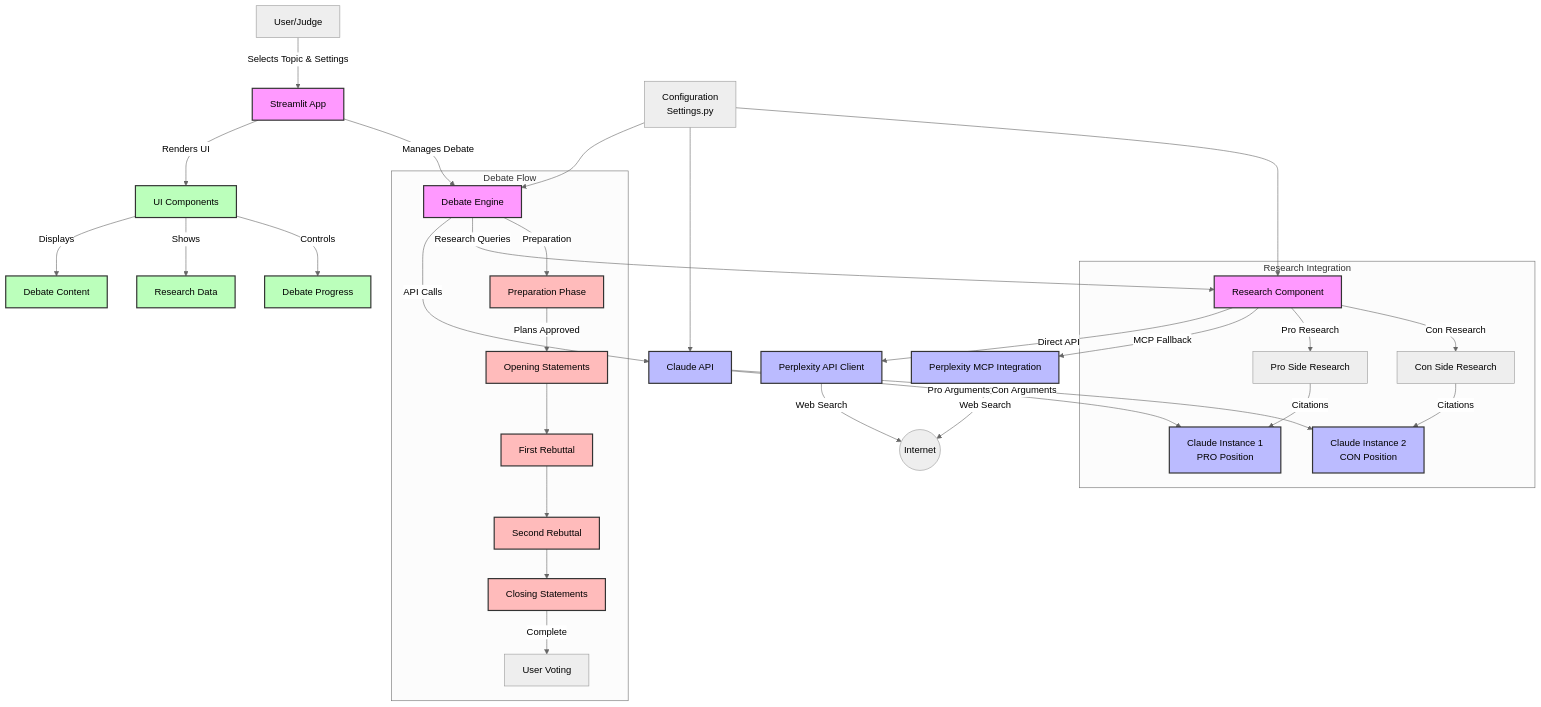
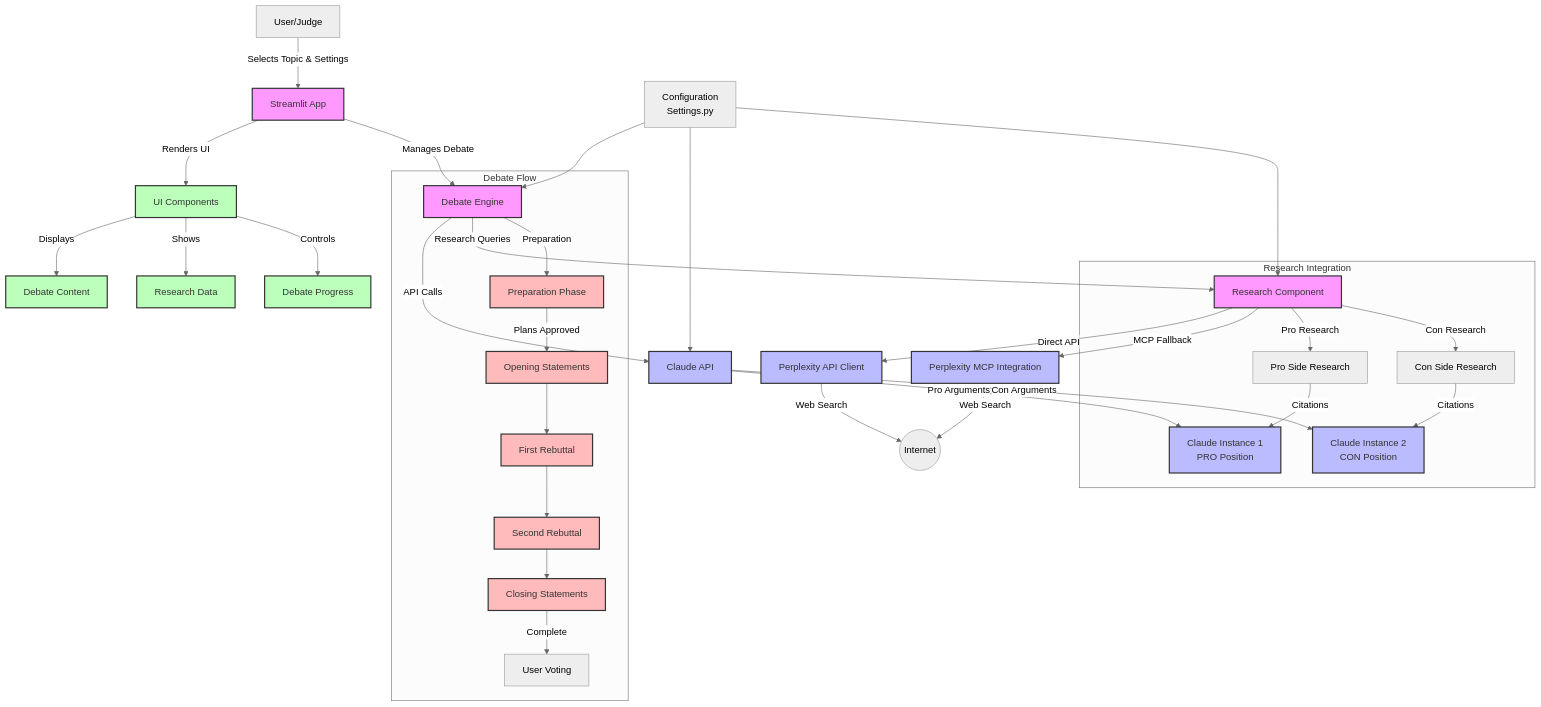
The diagram in README.md (sushantvema/claude_code_speedrun_tool), drawn with Mermaid (neutral theme) before and after one commit.

Commit message:
fixed color contrast in system diagram

````diff
--- a/README.md
+++ b/README.md
@@ -25,58 +25,58 @@
 ```mermaid
 graph TD
     %% Main Components
     User[User/Judge] --> |Selects Topic & Settings| App[Streamlit App]
     App --> |Renders UI| UI[UI Components]
     App --> |Manages Debate| DE[Debate Engine]
     DE --> |API Calls| CAPI[Claude API]
     DE --> |Research Queries| RC[Research Component]
     
     %% Research Flow
     RC --> |Direct API| PAPI[Perplexity API Client]
     RC --> |MCP Fallback| PMCP[Perplexity MCP Integration]
     PAPI --> |Web Search| Web((Internet))
     PMCP --> |Web Search| Web
 
     %% Debate Flow
     subgraph Debate Flow
         DE --> |Preparation| Stage1[Preparation Phase]
         Stage1 --> |Plans Approved| Stage2[Opening Statements]
         Stage2 --> Stage3[First Rebuttal]
         Stage3 --> Stage4[Second Rebuttal]
         Stage4 --> Stage5[Closing Statements]
         Stage5 --> |Complete| Vote[User Voting]
     end
 
     %% Two Claude Instances
     CAPI --> |Pro Arguments| Claude1[Claude Instance 1\nPRO Position]
     CAPI --> |Con Arguments| Claude2[Claude Instance 2\nCON Position]
     
     %% Research Integration
     subgraph Research Integration
         RC --> |Pro Research| ProResearch[Pro Side Research]
         RC --> |Con Research| ConResearch[Con Side Research]
         ProResearch --> |Citations| Claude1
         ConResearch --> |Citations| Claude2
     end
 
     %% Data Storage
     Config[Configuration\nSettings.py] --> DE
     Config --> CAPI
     Config --> RC
     
     %% UI Components
     UI --> |Displays| DebateUI[Debate Content]
     UI --> |Shows| ResearchUI[Research Data]
     UI --> |Controls| ProgressUI[Debate Progress]
     
     %% Styling
-    classDef core fill:#f9f,stroke:#333,stroke-width:2px
-    classDef api fill:#bbf,stroke:#333,stroke-width:2px
-    classDef ui fill:#bfb,stroke:#333,stroke-width:2px
-    classDef flow fill:#fbb,stroke:#333,stroke-width:2px
+    classDef core fill:#f9f,stroke:#333,stroke-width:2px,color:#333
+    classDef api fill:#bbf,stroke:#333,stroke-width:2px,color:#333
+    classDef ui fill:#bfb,stroke:#333,stroke-width:2px,color:#333
+    classDef flow fill:#fbb,stroke:#333,stroke-width:2px,color:#333
     
     class App,DE,RC core
     class CAPI,PAPI,PMCP,Claude1,Claude2 api
     class UI,DebateUI,ResearchUI,ProgressUI ui
     class Stage1,Stage2,Stage3,Stage4,Stage5 flow
 ```
````
